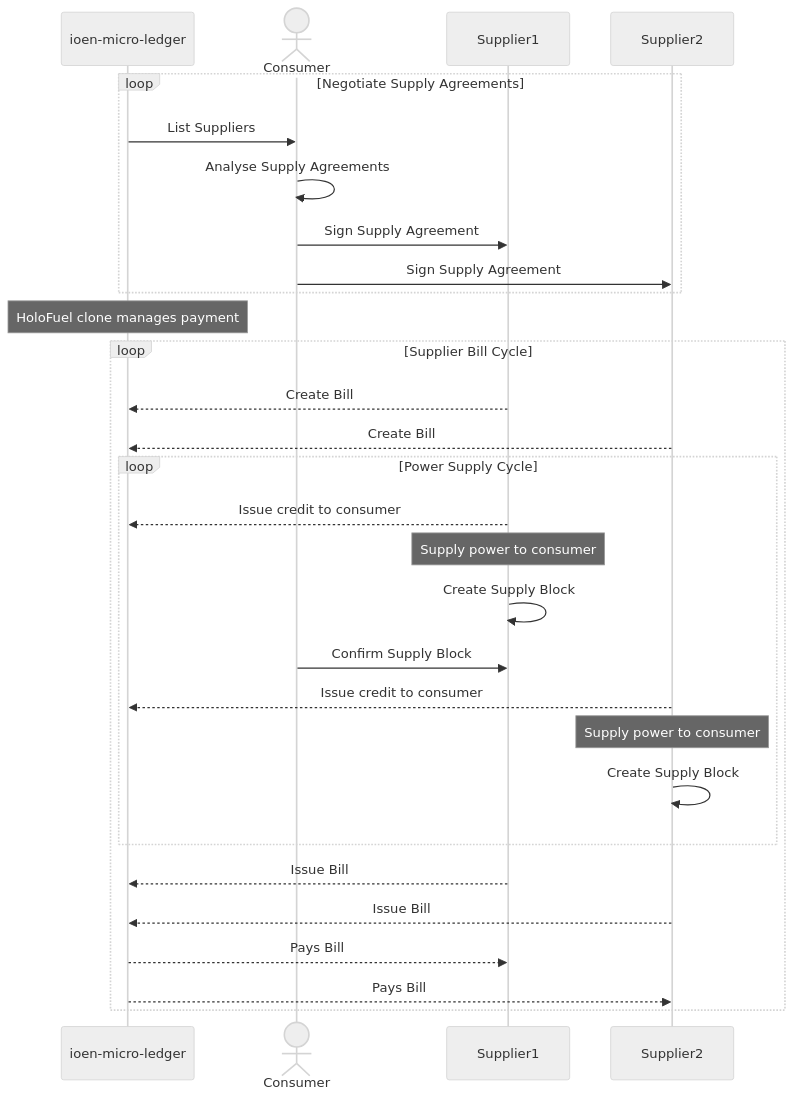
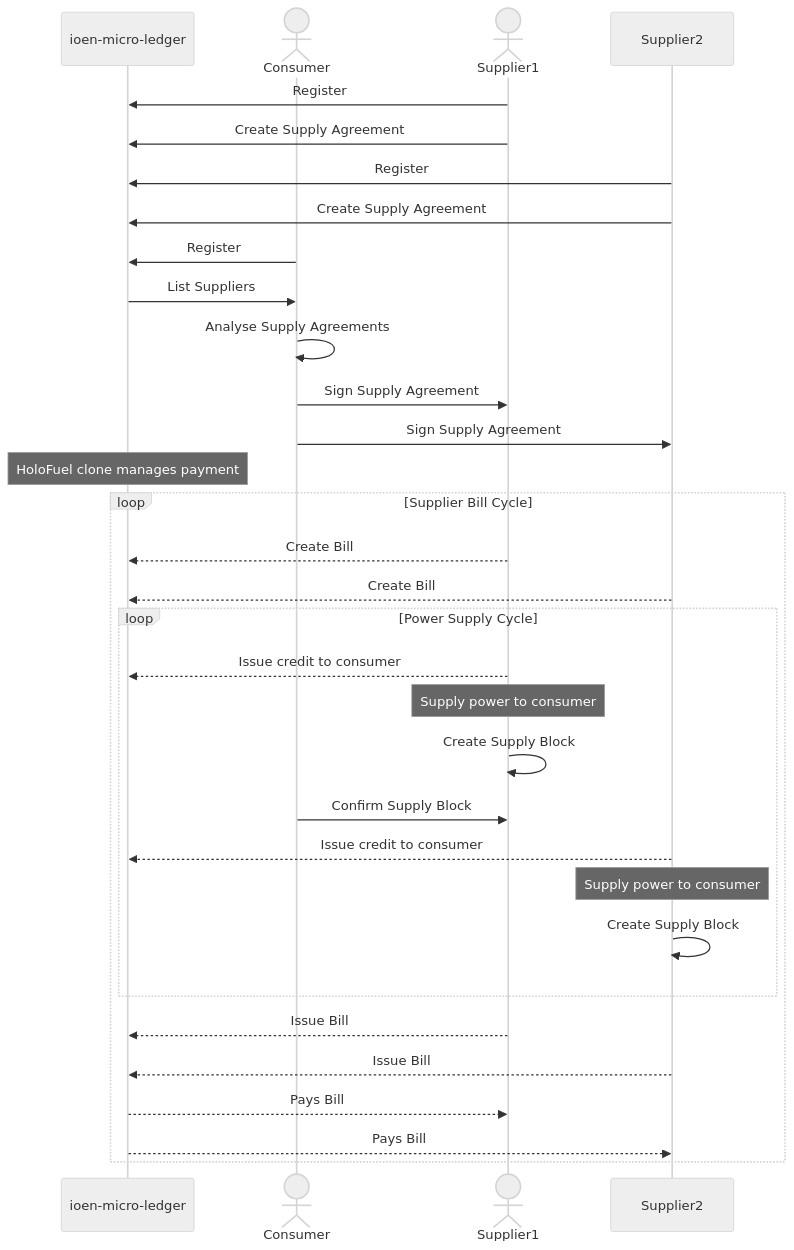
One commit to ioen-tech/ioen-micro-ledger changed the first of 2 diagrams in SPEC.md. Above: the diagram before and after it, drawn with Mermaid (neutral theme). The commit also changed other lines of this file and 9 other files, not shown here.

````diff
--- a/SPEC.md
+++ b/SPEC.md
@@ -17,32 +13,35 @@
 ```mermaid
 sequenceDiagram
     participant H as ioen-micro-ledger
     actor C as Consumer
-    participant P1 as Supplier1
+    actor P1 as Supplier1
     participant P2 as Supplier2
-    loop Negotiate Supply Agreements
-        H->>C: List Suppliers
-        C->>C: Analyse Supply Agreements
-        C->>P1: Sign Supply Agreement
-        C->>P2: Sign Supply Agreement
-    end 
+    P1->>H: Register
+    P1->>H: Create Supply Agreement
+    P2->>H: Register
+    P2->>H: Create Supply Agreement
+    C->>H: Register
+    H->>C: List Suppliers
+    C->>C: Analyse Supply Agreements
+    C->>P1: Sign Supply Agreement
+    C->>P2: Sign Supply Agreement
 
     Note over H: HoloFuel clone manages payment
     loop Supplier Bill Cycle
         P1-->>H: Create Bill
         P2-->>H: Create Bill
         loop Power Supply Cycle
             P1-->>H: Issue credit to consumer 
             Note over P1: Supply power to consumer
             P1->>P1: Create Supply Block
             C->>P1: Confirm Supply Block
             P2-->>H: Issue credit to consumer 
             Note over P2: Supply power to consumer
             P2->>P2: Create Supply Block
         end
         P1-->>H: Issue Bill
         P2-->>H: Issue Bill
         H-->>P1: Pays Bill
         H-->>P2: Pays Bill
     end
 ```
````
